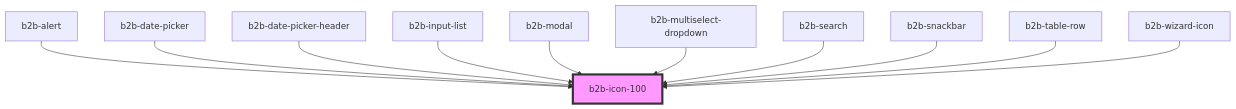
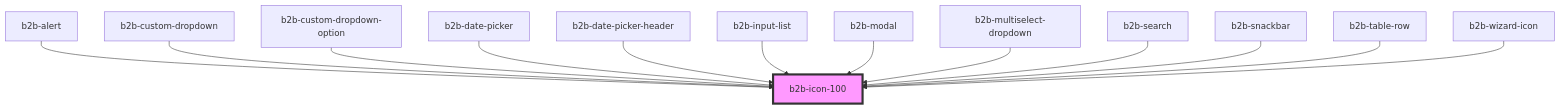
One commit to otto-de/b2b-design-system changed the diagram in packages/core-components/src/components/icon-100/readme.md. Above: the diagram before and after it, drawn with Mermaid. The commit also changed other lines of this file and 22 other files, not shown here.

Commit message:
Neptune 4831 | Custom Dropdown with Search and Scroll Functionality (#597)

````diff
--- a/packages/core-components/src/components/icon-100/readme.md
+++ b/packages/core-components/src/components/icon-100/readme.md
@@ -35,14 +37,16 @@
 ```mermaid
 graph TD;
   b2b-alert --> b2b-icon-100
+  b2b-custom-dropdown --> b2b-icon-100
+  b2b-custom-dropdown-option --> b2b-icon-100
   b2b-date-picker --> b2b-icon-100
   b2b-date-picker-header --> b2b-icon-100
   b2b-input-list --> b2b-icon-100
   b2b-modal --> b2b-icon-100
   b2b-multiselect-dropdown --> b2b-icon-100
   b2b-search --> b2b-icon-100
   b2b-snackbar --> b2b-icon-100
   b2b-table-row --> b2b-icon-100
   b2b-wizard-icon --> b2b-icon-100
   style b2b-icon-100 fill:#f9f,stroke:#333,stroke-width:4px
 ```
````
